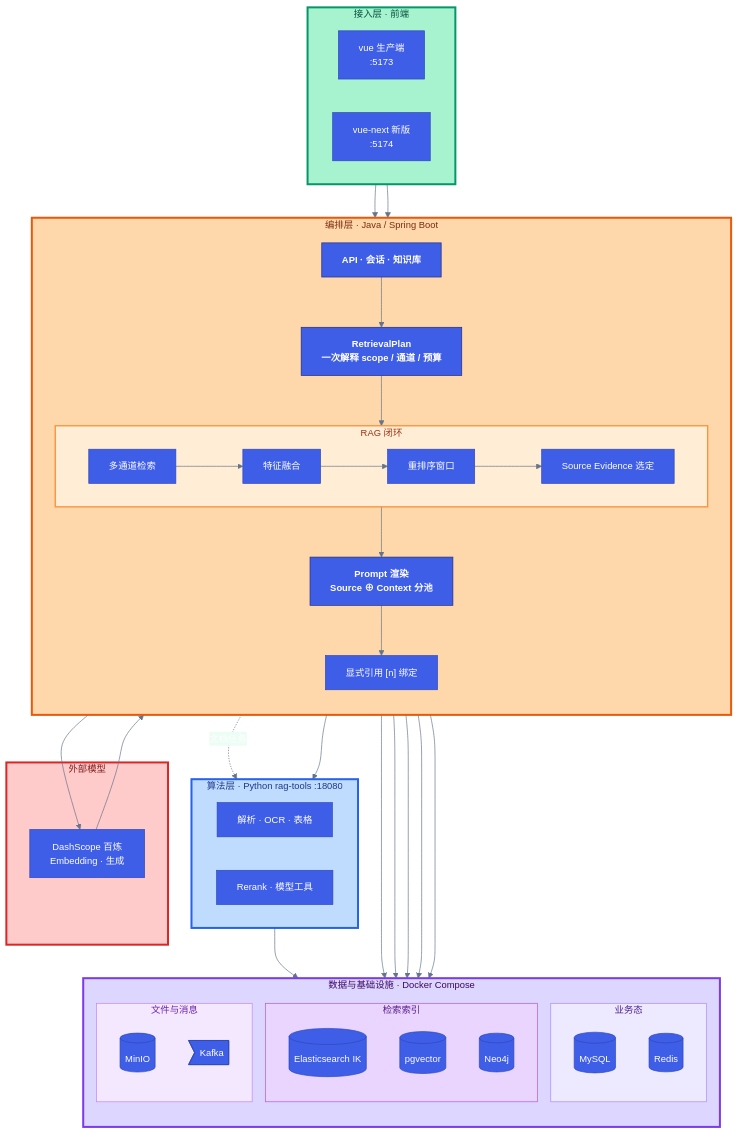
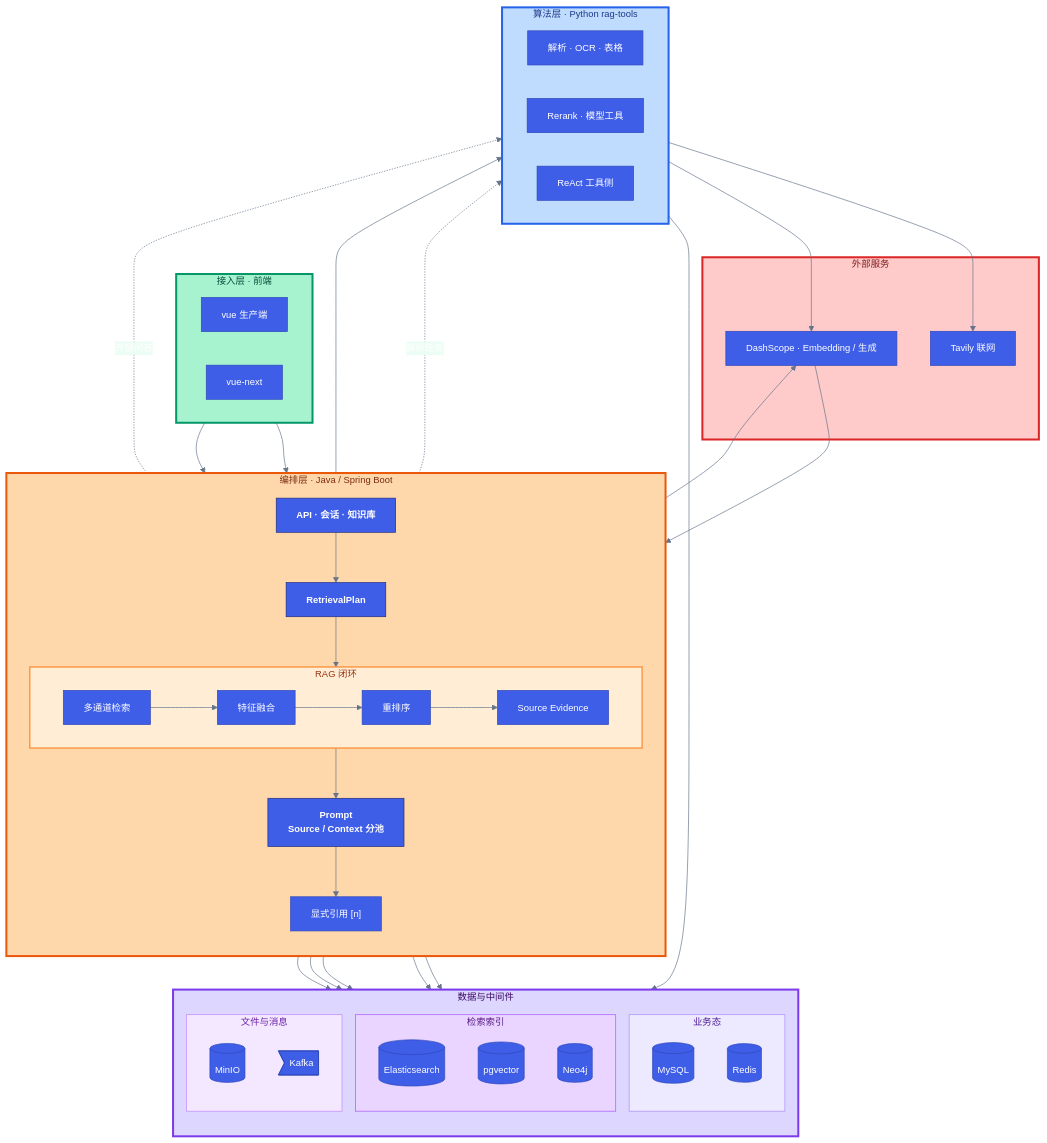
The first of 3 diagrams in README.md (xfu4739-commits/AegisKB), drawn with Mermaid before and after one commit. The commit also changed other lines of this file, not shown here.

First line of the commit message:
docs: slim README to highlights and architecture only

```diff
--- a/README.md
+++ b/README.md
@@ -69,40 +54,41 @@
 flowchart TB
   subgraph L1["接入层 · 前端"]
     direction LR
-    VUE["vue 生产端<br/>:5173"]
-    VNEXT["vue-next 新版<br/>:5174"]
+    VUE["vue 生产端"]
+    VNEXT["vue-next"]
   end
 
   subgraph L2["编排层 · Java / Spring Boot"]
     direction TB
     API["API · 会话 · 知识库"]
-    PLAN["RetrievalPlan<br/>一次解释 scope / 通道 / 预算"]
+    PLAN["RetrievalPlan"]
     subgraph PIPE["RAG 闭环"]
       direction LR
       RET["多通道检索"]
       FUS["特征融合"]
-      RER["重排序窗口"]
-      FIN["Source Evidence 选定"]
+      RER["重排序"]
+      FIN["Source Evidence"]
     end
-    PROMPT["Prompt 渲染<br/>Source ⊕ Context 分池"]
-    CITE["显式引用 [n] 绑定"]
+    PROMPT["Prompt<br/>Source / Context 分池"]
+    CITE["显式引用 [n]"]
     API --> PLAN --> RET --> FUS --> RER --> FIN --> PROMPT --> CITE
   end
 
-  subgraph L3["算法层 · Python rag-tools :18080"]
+  subgraph L3["算法层 · Python rag-tools"]
     direction LR
     DOC["解析 · OCR · 表格"]
     RK["Rerank · 模型工具"]
+    AG["ReAct 工具侧"]
   end
 
-  subgraph L4["数据与基础设施 · Docker Compose"]
+  subgraph L4["数据与中间件"]
     direction TB
     subgraph BIZ["业务态"]
       MYSQL[(MySQL)]
       REDIS[(Redis)]
     end
     subgraph SEARCH["检索索引"]
-      ES[(Elasticsearch IK)]
+      ES[(Elasticsearch)]
       PGV[(pgvector)]
       NEO[(Neo4j)]
     end
@@ -112,19 +98,23 @@
     end
   end
 
-  subgraph L5["外部模型"]
-    LLM["DashScope 百炼<br/>Embedding · 生成"]
+  subgraph L5["外部服务"]
+    LLM["DashScope · Embedding / 生成"]
+    WEB["Tavily 联网"]
   end
 
   VUE --> API
   VNEXT --> API
-  PLAN -.文档任务.-> DOC
+  PLAN -.解析任务.-> DOC
   RER --> RK
   RET --> ES & PGV & NEO
   DOC --> MINIO
   API --> MYSQL & REDIS
   PROMPT --> LLM
   LLM --> CITE
+  API -.开放问答.-> AG
+  AG --> WEB
+  AG --> LLM
 
   style L1 fill:#a7f3d0,stroke:#059669,stroke-width:3px,color:#064e3b
   style L2 fill:#fed7aa,stroke:#ea580c,stroke-width:3px,color:#7c2d12
```
